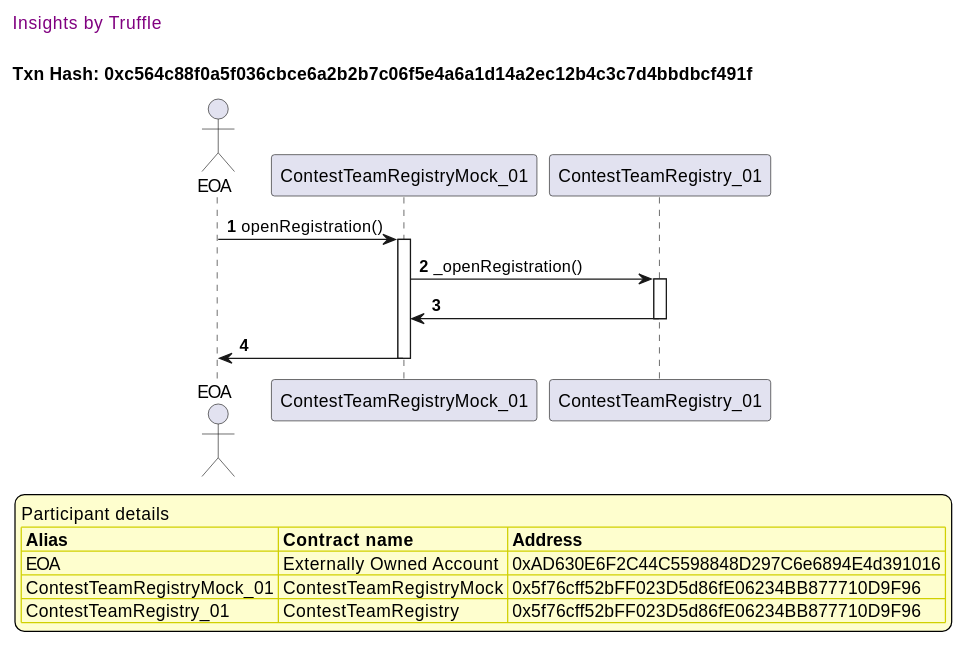
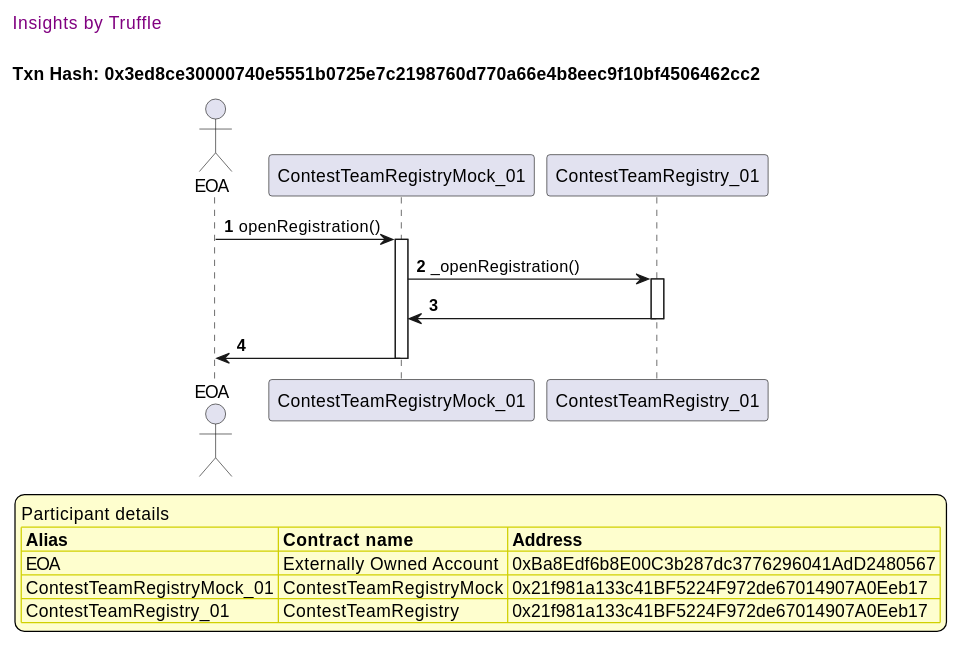
Diagram 13 of 50 in truffle-seq/core_contestteamregistry.md (fodisi/hackapay), drawn with PlantUML before and after one commit. The commit also changed other lines of this file and 10 other files, not shown here.

````diff
--- a/truffle-seq/core_contestteamregistry.md
+++ b/truffle-seq/core_contestteamregistry.md
@@ -585,41 +585,41 @@
 ```plantuml
 
 
 @startuml
 
 autonumber
 skinparam legendBackgroundColor #FEFECE
 
 <style>
       header {
         HorizontalAlignment left
         FontColor purple
         FontSize 14
         Padding 10
       }
     </style>
 
 header Insights by Truffle
 
-title Txn Hash: 0xc564c88f0a5f036cbce6a2b2b7c06f5e4a6a1d14a2ec12b4c3c7d4bbdbcf491f
+title Txn Hash: 0x3ed8ce30000740e5551b0725e7c2198760d770a66e4b8eec9f10bf4506462cc2
 
 
 actor EOA as "EOA"
 participant ContestTeamRegistryMock_01 as "ContestTeamRegistryMock_01"
 participant ContestTeamRegistry_01 as "ContestTeamRegistry_01"
 
 "EOA" -> "ContestTeamRegistryMock_01" ++: openRegistration()
 "ContestTeamRegistryMock_01" -> "ContestTeamRegistry_01" ++: _openRegistration()
 "ContestTeamRegistry_01" -> "ContestTeamRegistryMock_01" --: 
 "ContestTeamRegistryMock_01" -> "EOA" --: 
 
 legend
 Participant details
 <#FEFECE,#D0D000>|= Alias |= Contract name |= Address |
-<#FEFECE>| EOA | Externally Owned Account | 0xAD630E6F2C44C5598848D297C6e6894E4d391016 |
-<#FEFECE>| ContestTeamRegistryMock_01 | ContestTeamRegistryMock | 0x5f76cff52bFF023D5d86fE06234BB877710D9F96 |
-<#FEFECE>| ContestTeamRegistry_01 | ContestTeamRegistry | 0x5f76cff52bFF023D5d86fE06234BB877710D9F96 |
+<#FEFECE>| EOA | Externally Owned Account | 0xBa8Edf6b8E00C3b287dc3776296041AdD2480567 |
+<#FEFECE>| ContestTeamRegistryMock_01 | ContestTeamRegistryMock | 0x21f981a133c41BF5224F972de67014907A0Eeb17 |
+<#FEFECE>| ContestTeamRegistry_01 | ContestTeamRegistry | 0x21f981a133c41BF5224F972de67014907A0Eeb17 |
 endlegend
 
 @enduml
 ```
````
